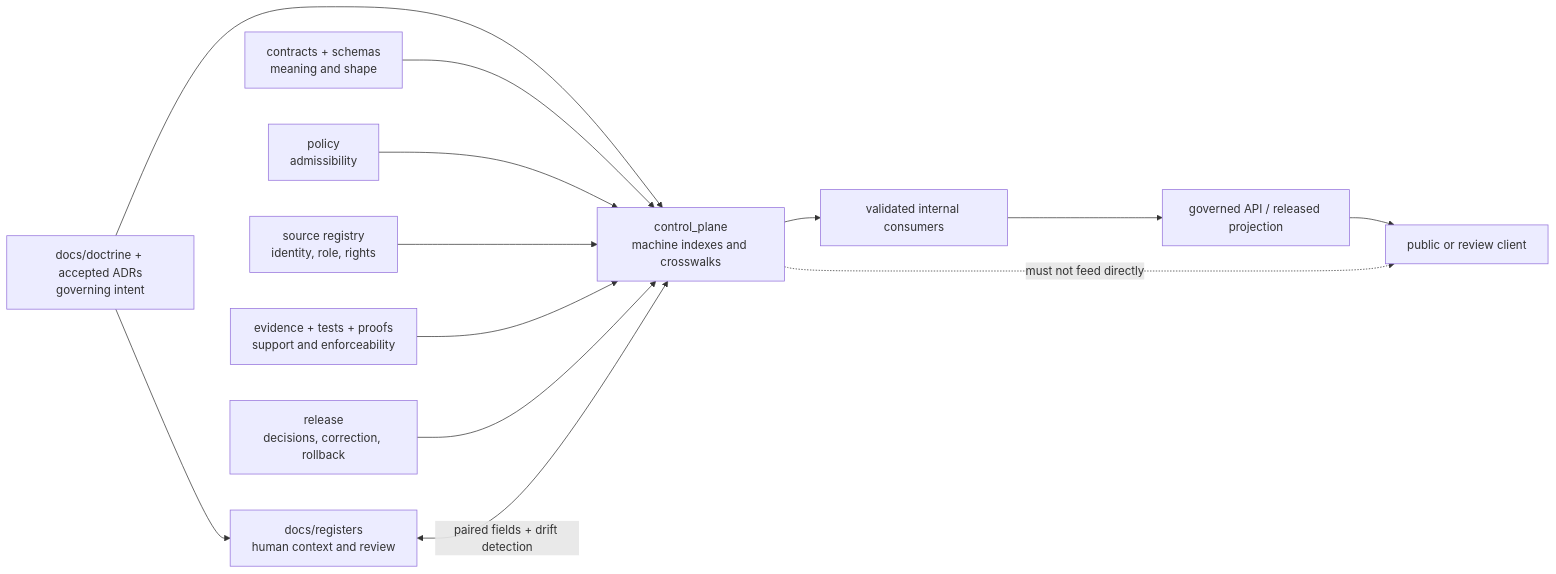
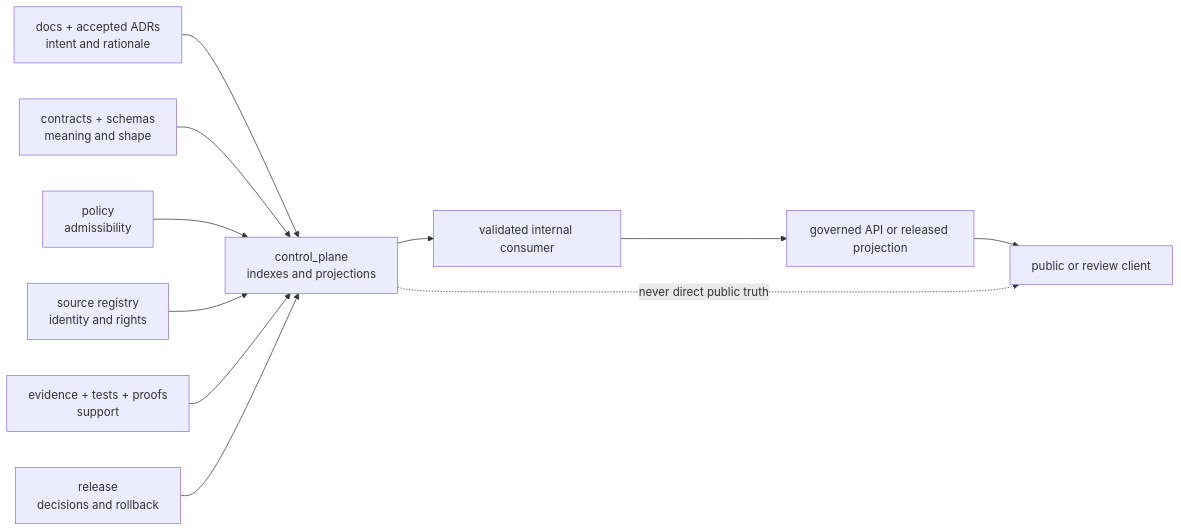
Before and after one commit to bartytime4life/Kansas-Frontier-Matrix: the first of 2 diagrams in control_plane/README.md, drawn with Mermaid. The commit also changed other lines of this file, not shown here.

Commit message:
docs(control-plane): align root README with adopted governance v2

````diff
--- a/control_plane/README.md
+++ b/control_plane/README.md
@@ -579,17 +549,13 @@
 ```mermaid
 flowchart LR
-    DOCTRINE["docs/doctrine + accepted ADRs<br/>governing intent"] --> HUMAN["docs/registers<br/>human context and review"]
-    DOCTRINE --> MACHINE["control_plane<br/>machine indexes and crosswalks"]
-    CONTRACTS["contracts + schemas<br/>meaning and shape"] --> MACHINE
-    POLICY["policy<br/>admissibility"] --> MACHINE
-    SOURCES["source registry<br/>identity, role, rights"] --> MACHINE
-    EVIDENCE["evidence + tests + proofs<br/>support and enforceability"] --> MACHINE
-    RELEASE["release<br/>decisions, correction, rollback"] --> MACHINE
-
-    HUMAN <-->|"paired fields + drift detection"| MACHINE
-    MACHINE --> INTERNAL["validated internal consumers"]
-    INTERNAL --> GOVERNED["governed API / released projection"]
-    GOVERNED --> PUBLIC["public or review client"]
-
-    MACHINE -. "must not feed directly" .-> PUBLIC
+    D["docs + accepted ADRs<br/>intent and rationale"] --> M["control_plane<br/>indexes and projections"]
+    C["contracts + schemas<br/>meaning and shape"] --> M
+    P["policy<br/>admissibility"] --> M
+    S["source registry<br/>identity and rights"] --> M
+    E["evidence + tests + proofs<br/>support"] --> M
+    R["release<br/>decisions and rollback"] --> M
+    M --> I["validated internal consumer"]
+    I --> G["governed API or released projection"]
+    G --> U["public or review client"]
+    M -. "never direct public truth" .-> U
 ```
````
